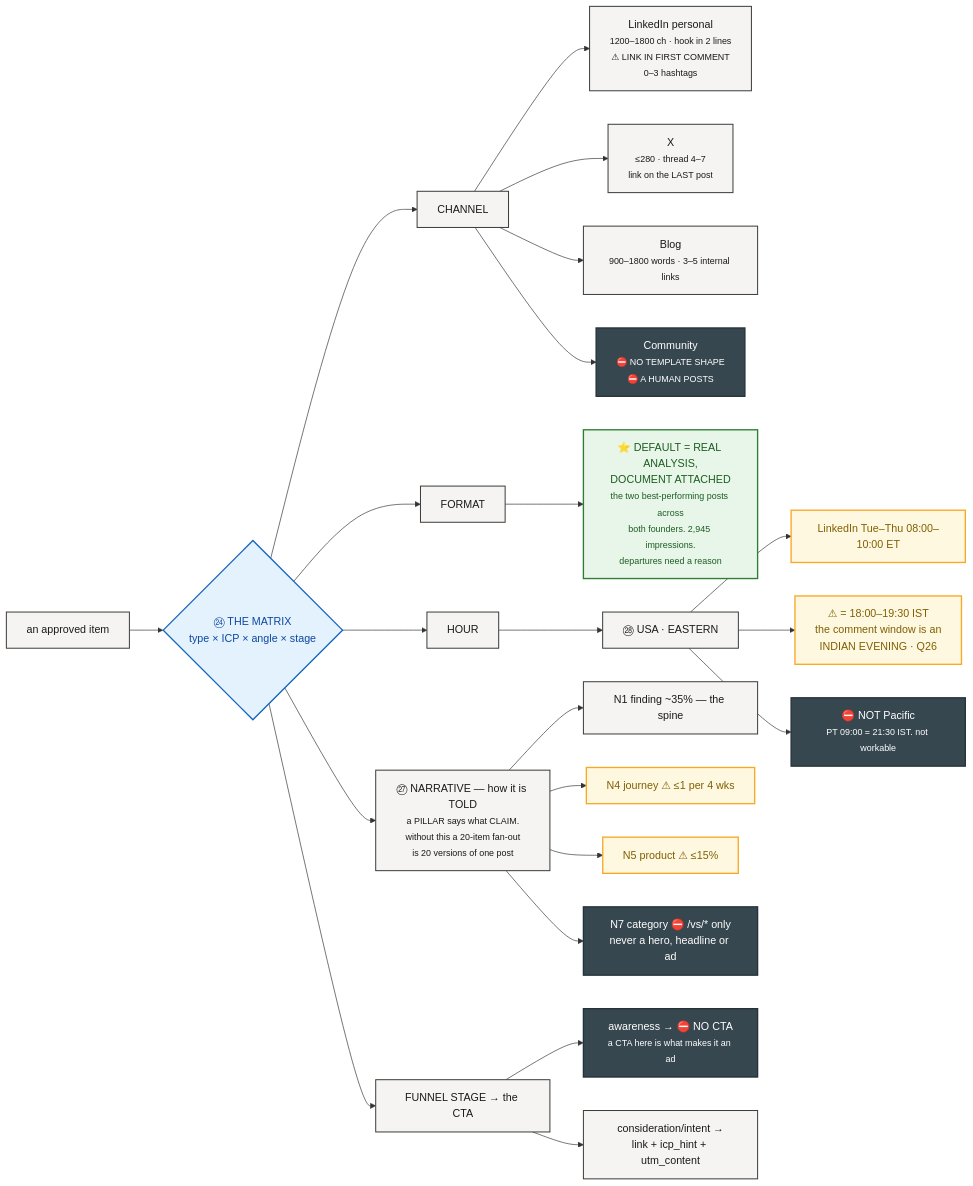
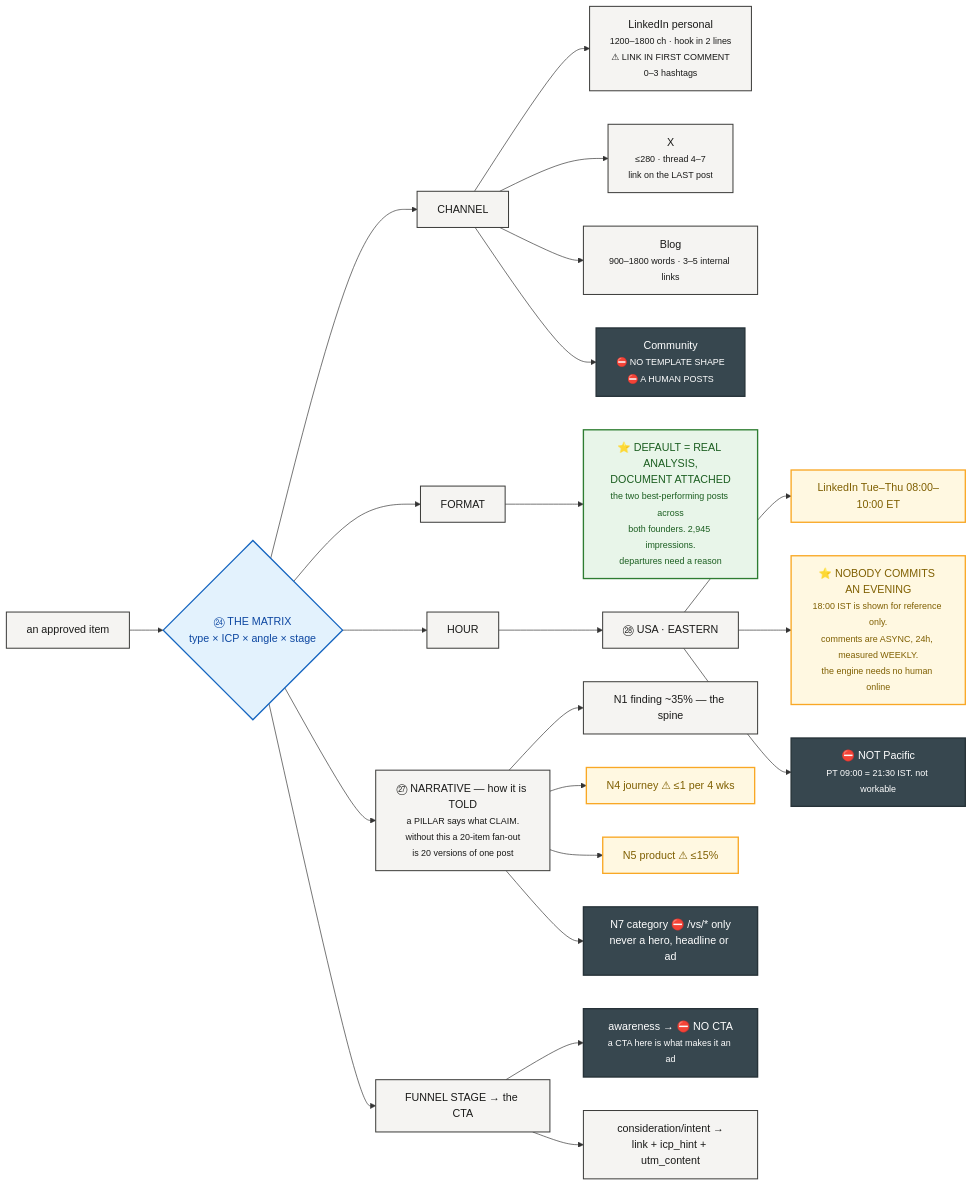
Before and after one commit to rathishreya/Caspr: diagram 18 of 21 in docs/gtm/content-engine-flowchart.md, drawn with Mermaid. The commit also changed other lines of this file and 2 other files, not shown here.

````diff
--- a/docs/gtm/content-engine-flowchart.md
+++ b/docs/gtm/content-engine-flowchart.md
@@ -937,42 +938,42 @@
 ```mermaid
 flowchart LR
     IT["an approved item"]
     IT --> M{"㉔ THE MATRIX<br/>type × ICP × angle × stage"}
 
     M --> CH["CHANNEL"]
     M --> FM["FORMAT"]
     M --> HR["HOUR"]
 
     CH --> C1["LinkedIn personal<br/><small>1200–1800 ch · hook in 2 lines<br/>⚠ LINK IN FIRST COMMENT<br/>0–3 hashtags</small>"]
     CH --> C2["X<br/><small>≤280 · thread 4–7<br/>link on the LAST post</small>"]
     CH --> C3["Blog<br/><small>900–1800 words · 3–5 internal links</small>"]
     CH --> C4["Community<br/><small>⛔ NO TEMPLATE SHAPE<br/>⛔ A HUMAN POSTS</small>"]
 
     FM --> EV["⭐ DEFAULT = REAL ANALYSIS,<br/>DOCUMENT ATTACHED<br/><small>the two best-performing posts across<br/>both founders. 2,945 impressions.<br/>departures need a reason</small>"]
 
     HR --> GEO["㉘ USA · EASTERN"]
     GEO --> H1["LinkedIn Tue–Thu 08:00–10:00 ET"]
-    GEO --> H2["⚠ = 18:00–19:30 IST<br/>the comment window is an<br/>INDIAN EVENING · Q26"]
+    GEO --> H2["⭐ NOBODY COMMITS AN EVENING<br/><small>18:00 IST is shown for reference only.<br/>comments are ASYNC, 24h, measured WEEKLY.<br/>the engine needs no human online</small>"]
     GEO --> H3["⛔ NOT Pacific<br/><small>PT 09:00 = 21:30 IST. not workable</small>"]
 
     M --> NAR["㉗ NARRATIVE — how it is TOLD<br/><small>a PILLAR says what CLAIM.<br/>without this a 20-item fan-out<br/>is 20 versions of one post</small>"]
     NAR --> N1["N1 finding ~35% — the spine"]
     NAR --> N4["N4 journey ⚠ ≤1 per 4 wks"]
     NAR --> N5["N5 product ⚠ ≤15%"]
     NAR --> N7["N7 category ⛔ /vs/* only<br/>never a hero, headline or ad"]
 
     M --> ST["FUNNEL STAGE → the CTA"]
     ST --> S1["awareness → ⛔ NO CTA<br/><small>a CTA here is what makes it an ad</small>"]
     ST --> S2["consideration/intent →<br/>link + icp_hint + utm_content"]
 
     classDef mach fill:#f5f4f2,stroke:#3c3c3a,stroke-width:1.5px,color:#1a1a19
     classDef hum fill:#e3f2fd,stroke:#1565c0,stroke-width:2px,color:#0d47a1
     classDef warn fill:#fff8e1,stroke:#f9a825,stroke-width:2px,color:#7f5f00
     classDef stop fill:#37474f,stroke:#263238,stroke-width:2px,color:#ffffff
     classDef good fill:#e8f5e9,stroke:#2e7d32,stroke-width:2px,color:#1b5e20
     class IT,CH,FM,HR,C1,C2,C3,NAR,N1,ST,S2,GEO mach
     class M hum
     class H1,H2,N4,N5 warn
     class C4,H3,N7,S1 stop
     class EV good
 ```
````
